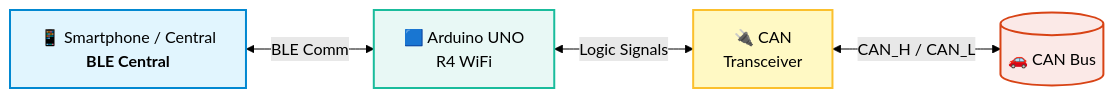
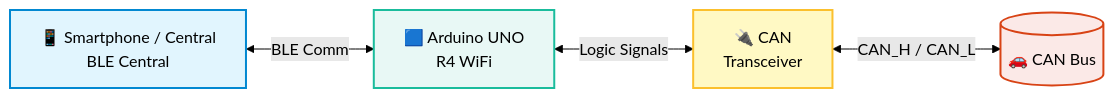
The second of 4 diagrams in docs/en/manual.md (shiomachisoft/R4_BleCanBrg), drawn with Mermaid (forest theme) before and after one commit. The commit also changed other lines of this file and 2 other files, not shown here.

Commit message:
Minor docs fix

````diff
--- a/docs/en/manual.md
+++ b/docs/en/manual.md
@@ -76,16 +76,16 @@
 ```mermaid
 flowchart LR
-    Central["📱 Smartphone / Central<br><b>BLE Central</b>"]
+    Central["📱 Smartphone / Central<br>BLE Central"]
     UNO["🟦 Arduino UNO<br>R4 WiFi"]
     Trx["🔌 CAN<br>Transceiver"]
     Bus[("🚗 CAN Bus")]
 
     Central <-->|BLE Comm| UNO
     UNO <-->|Logic Signals| Trx
     Trx <-->|CAN_H / CAN_L| Bus
 
     style Central fill:#e1f5fe,stroke:#0288d1,stroke-width:2px
     style UNO fill:#e8f8f5,stroke:#1abc9c,stroke-width:2px
     style Trx fill:#fff9c4,stroke:#fbc02d,stroke-width:2px
     style Bus fill:#fbe9e7,stroke:#d84315,stroke-width:2px
 ```
````
